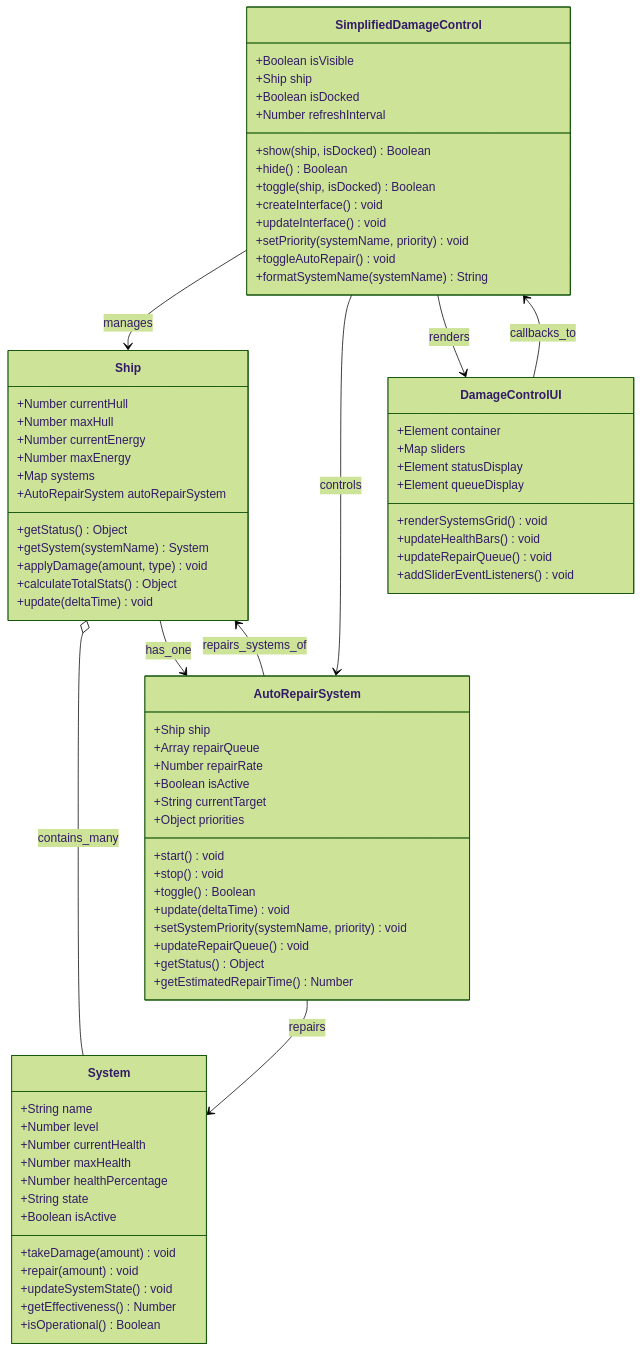
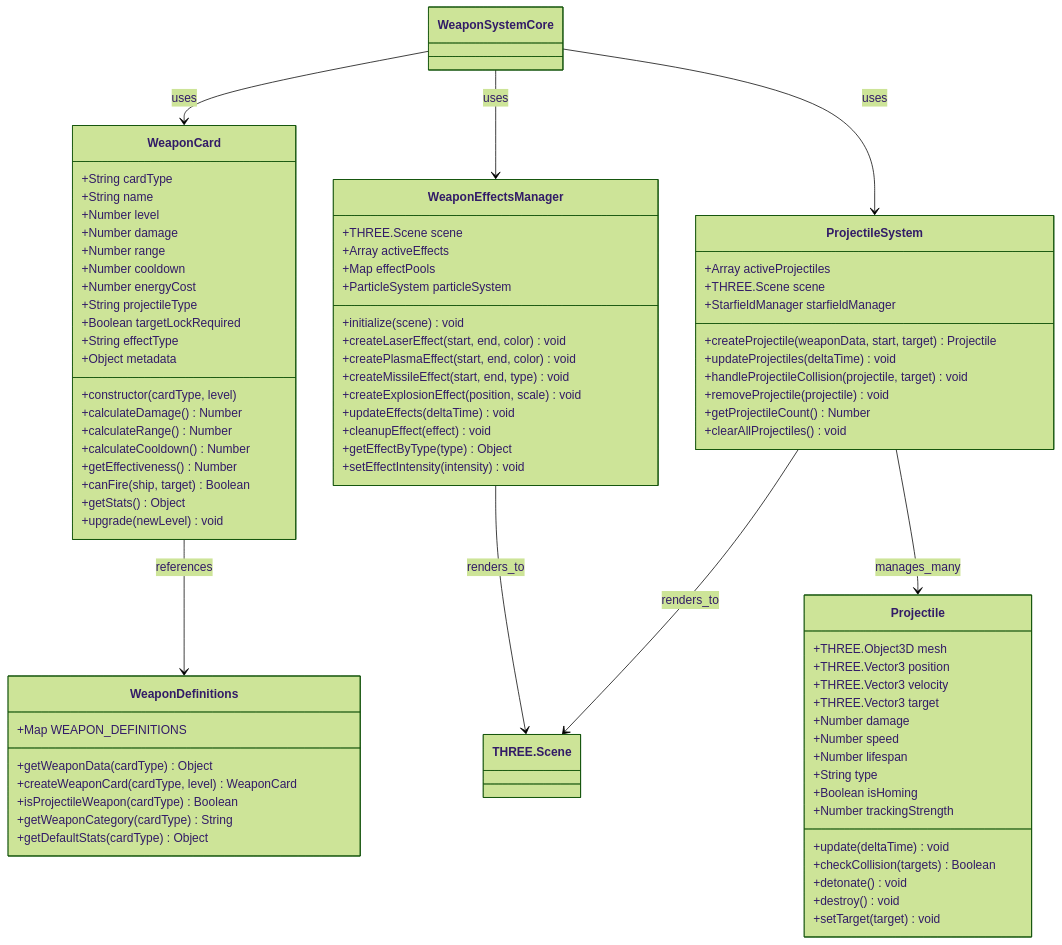
Before and after one commit to thoracle/planetz: the fifth of 10 diagrams in docs/system_architecture.md, drawn with Mermaid (forest theme). The commit also changed other lines of this file and 3 other files, not shown here.

````diff
--- a/docs/system_architecture.md
+++ b/docs/system_architecture.md
@@ -633,83 +392,87 @@
 ```mermaid
 classDiagram
-    class SimplifiedDamageControl {
-        +Boolean isVisible
-        +Ship ship
-        +Boolean isDocked
-        +Number refreshInterval
-        +show(ship, isDocked) Boolean
-        +hide() Boolean
-        +toggle(ship, isDocked) Boolean
-        +createInterface() void
-        +updateInterface() void
-        +setPriority(systemName, priority) void
-        +toggleAutoRepair() void
-        +formatSystemName(systemName) String
+    class WeaponCard {
+        +String cardType
+        +String name
+        +Number level
+        +Number damage
+        +Number range
+        +Number cooldown
+        +Number energyCost
+        +String projectileType
+        +Boolean targetLockRequired
+        +String effectType
+        +Object metadata
+        +constructor(cardType, level)
+        +calculateDamage() Number
+        +calculateRange() Number
+        +calculateCooldown() Number
+        +getEffectiveness() Number
+        +canFire(ship, target) Boolean
+        +getStats() Object
+        +upgrade(newLevel) void
     }
 
-    class AutoRepairSystem {
-        +Ship ship
-        +Array repairQueue
-        +Number repairRate
-        +Boolean isActive
-        +String currentTarget
-        +Object priorities
-        +start() void
-        +stop() void
-        +toggle() Boolean
-        +update(deltaTime) void
-        +setSystemPriority(systemName, priority) void
-        +updateRepairQueue() void
-        +getStatus() Object
-        +getEstimatedRepairTime() Number
+    class WeaponDefinitions {
+        +Map WEAPON_DEFINITIONS
+        +getWeaponData(cardType) Object
+        +createWeaponCard(cardType, level) WeaponCard
+        +isProjectileWeapon(cardType) Boolean
+        +getWeaponCategory(cardType) String
+        +getDefaultStats(cardType) Object
     }
 
-    class Ship {
-        +Number currentHull
-        +Number maxHull
-        +Number currentEnergy
-        +Number maxEnergy
-        +Map systems
-        +AutoRepairSystem autoRepairSystem
-        +getStatus() Object
-        +getSystem(systemName) System
-        +applyDamage(amount, type) void
-        +calculateTotalStats() Object
-        +update(deltaTime) void
+    class WeaponEffectsManager {
+        +THREE.Scene scene
+        +Array activeEffects
+        +Map effectPools
+        +ParticleSystem particleSystem
+        +initialize(scene) void
+        +createLaserEffect(start, end, color) void
+        +createPlasmaEffect(start, end, color) void
+        +createMissileEffect(start, end, type) void
+        +createExplosionEffect(position, scale) void
+        +updateEffects(deltaTime) void
+        +cleanupEffect(effect) void
+        +getEffectByType(type) Object
+        +setEffectIntensity(intensity) void
     }
 
-    class System {
-        +String name
-        +Number level
-        +Number currentHealth
-        +Number maxHealth
-        +Number healthPercentage
-        +String state
-        +Boolean isActive
-        +takeDamage(amount) void
-        +repair(amount) void
-        +updateSystemState() void
-        +getEffectiveness() Number
-        +isOperational() Boolean
+    class ProjectileSystem {
+        +Array activeProjectiles
+        +THREE.Scene scene
+        +StarfieldManager starfieldManager
+        +createProjectile(weaponData, start, target) Projectile
+        +updateProjectiles(deltaTime) void
+        +handleProjectileCollision(projectile, target) void
+        +removeProjectile(projectile) void
+        +getProjectileCount() Number
+        +clearAllProjectiles() void
     }
 
-    class DamageControlUI {
-        +Element container
-        +Map sliders
-        +Element statusDisplay
-        +Element queueDisplay
-        +renderSystemsGrid() void
-        +updateHealthBars() void
-        +updateRepairQueue() void
-        +addSliderEventListeners() void
+    class Projectile {
+        +THREE.Object3D mesh
+        +THREE.Vector3 position
+        +THREE.Vector3 velocity
+        +THREE.Vector3 target
+        +Number damage
+        +Number speed
+        +Number lifespan
+        +String type
+        +Boolean isHoming
+        +Number trackingStrength
+        +update(deltaTime) void
+        +checkCollision(targets) Boolean
+        +detonate() void
+        +destroy() void
+        +setTarget(target) void
     }
 
-    SimplifiedDamageControl --> Ship : manages
-    SimplifiedDamageControl --> AutoRepairSystem : controls
-    SimplifiedDamageControl --> DamageControlUI : renders
-    AutoRepairSystem --> Ship : repairs_systems_of
-    Ship o-- System : contains_many
-    Ship --> AutoRepairSystem : has_one
-    AutoRepairSystem --> System : repairs
-    DamageControlUI --> SimplifiedDamageControl : callbacks_to
+    WeaponSystemCore --> WeaponCard : uses
+    WeaponCard --> WeaponDefinitions : references
+    WeaponSystemCore --> WeaponEffectsManager : uses
+    WeaponSystemCore --> ProjectileSystem : uses
+    ProjectileSystem --> Projectile : manages_many
+    WeaponEffectsManager --> THREE.Scene : renders_to
+    ProjectileSystem --> THREE.Scene : renders_to
 ```
````
